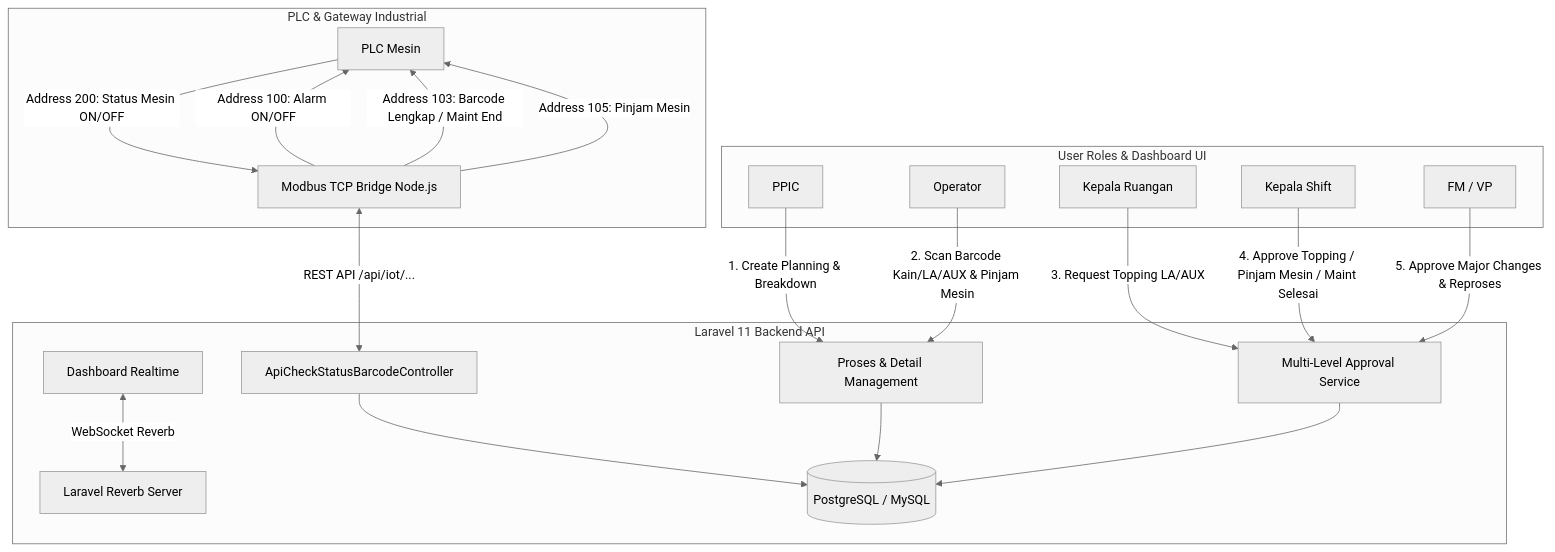
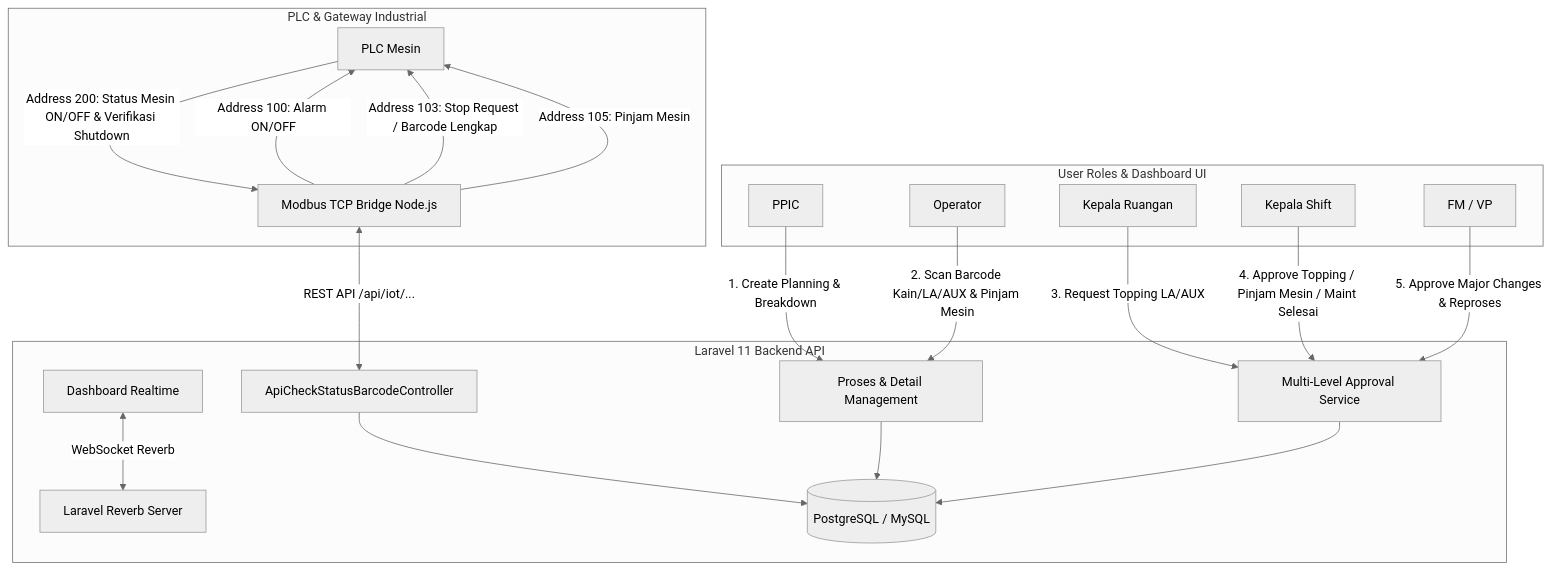
One commit to TanNicholas80/dyeing-dpf3 changed the diagram in README.md. Above: the diagram before and after it, drawn with Mermaid (neutral theme). The commit also changed other lines of this file and 10 other files, not shown here.

````diff
--- a/README.md
+++ b/README.md
@@ -82,25 +85,25 @@
 ```mermaid
 graph TD
     subgraph PLC_Hardware [PLC & Gateway Industrial]
-        PLC[PLC Mesin] -->|Address 200: Status Mesin ON/OFF| MB_BRIDGE[Modbus TCP Bridge Node.js]
+        PLC[PLC Mesin] -->|Address 200: Status Mesin ON/OFF & Verifikasi Shutdown| MB_BRIDGE[Modbus TCP Bridge Node.js]
         MB_BRIDGE -->|Address 100: Alarm ON/OFF| PLC
-        MB_BRIDGE -->|Address 103: Barcode Lengkap / Maint End| PLC
+        MB_BRIDGE -->|Address 103: Stop Request / Barcode Lengkap| PLC
         MB_BRIDGE -->|Address 105: Pinjam Mesin| PLC
     end
 
     subgraph Laravel_Backend [Laravel 11 Backend API]
         MB_BRIDGE <-->|REST API /api/iot/...| API_IOT[ApiCheckStatusBarcodeController]
         DASH[Dashboard Realtime] <-->|WebSocket Reverb| REVERB[Laravel Reverb Server]
         API_IOT --> DB[(PostgreSQL / MySQL)]
         PROSES[Proses & Detail Management] --> DB
         APPR[Multi-Level Approval Service] --> DB
     end
 
     subgraph User_Roles [User Roles & Dashboard UI]
         PPIC[PPIC] -->|1. Create Planning & Breakdown| PROSES
         OP[Operator] -->|2. Scan Barcode Kain/LA/AUX & Pinjam Mesin| PROSES
         KARU[Kepala Ruangan] -->|3. Request Topping LA/AUX| APPR
         KASHIFT[Kepala Shift] -->|4. Approve Topping / Pinjam Mesin / Maint Selesai| APPR
         FM_VP[FM / VP] -->|5. Approve Major Changes & Reproses| APPR
     end
 ```
````
